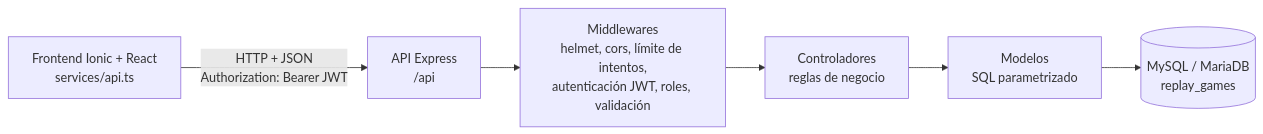
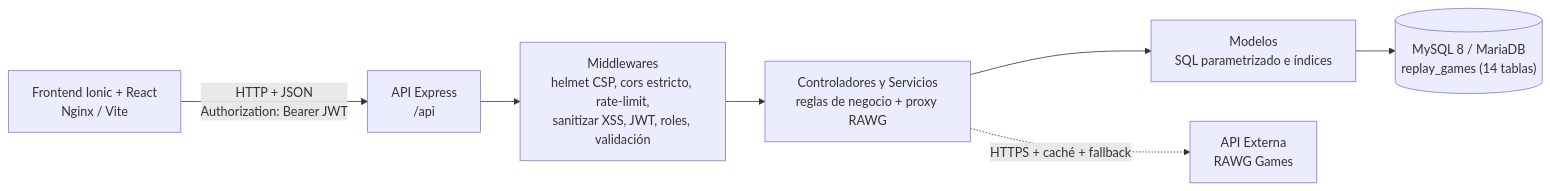
Before and after one commit to cristobalpinto2600-cyber/RePlay-Games: the first of 2 diagrams in README.md, drawn with Mermaid. The commit also changed other lines of this file and 9 other files, not shown here.

````diff
--- a/README.md
+++ b/README.md
@@ -734,8 +788,9 @@
 ```mermaid
 flowchart LR
-  A["Frontend Ionic + React<br/>services/api.ts"] -- "HTTP + JSON<br/>Authorization: Bearer JWT" --> B["API Express<br/>/api"]
-  B --> C["Middlewares<br/>helmet, cors, límite de intentos,<br/>autenticación JWT, roles, validación"]
-  C --> D["Controladores<br/>reglas de negocio"]
-  D --> E["Modelos<br/>SQL parametrizado"]
-  E --> F[("MySQL / MariaDB<br/>replay_games")]
+  A["Frontend Ionic + React<br/>Nginx / Vite"] -- "HTTP + JSON<br/>Authorization: Bearer JWT" --> B["API Express<br/>/api"]
+  B --> C["Middlewares<br/>helmet CSP, cors estricto, rate-limit,<br/>sanitizar XSS, JWT, roles, validación"]
+  C --> D["Controladores y Servicios<br/>reglas de negocio + proxy RAWG"]
+  D --> E["Modelos<br/>SQL parametrizado e índices"]
+  E --> F[("MySQL 8 / MariaDB<br/>replay_games (14 tablas)")]
+  D -. "HTTPS + caché + fallback" .-> G["API Externa<br/>RAWG Games"]
 ```
````
